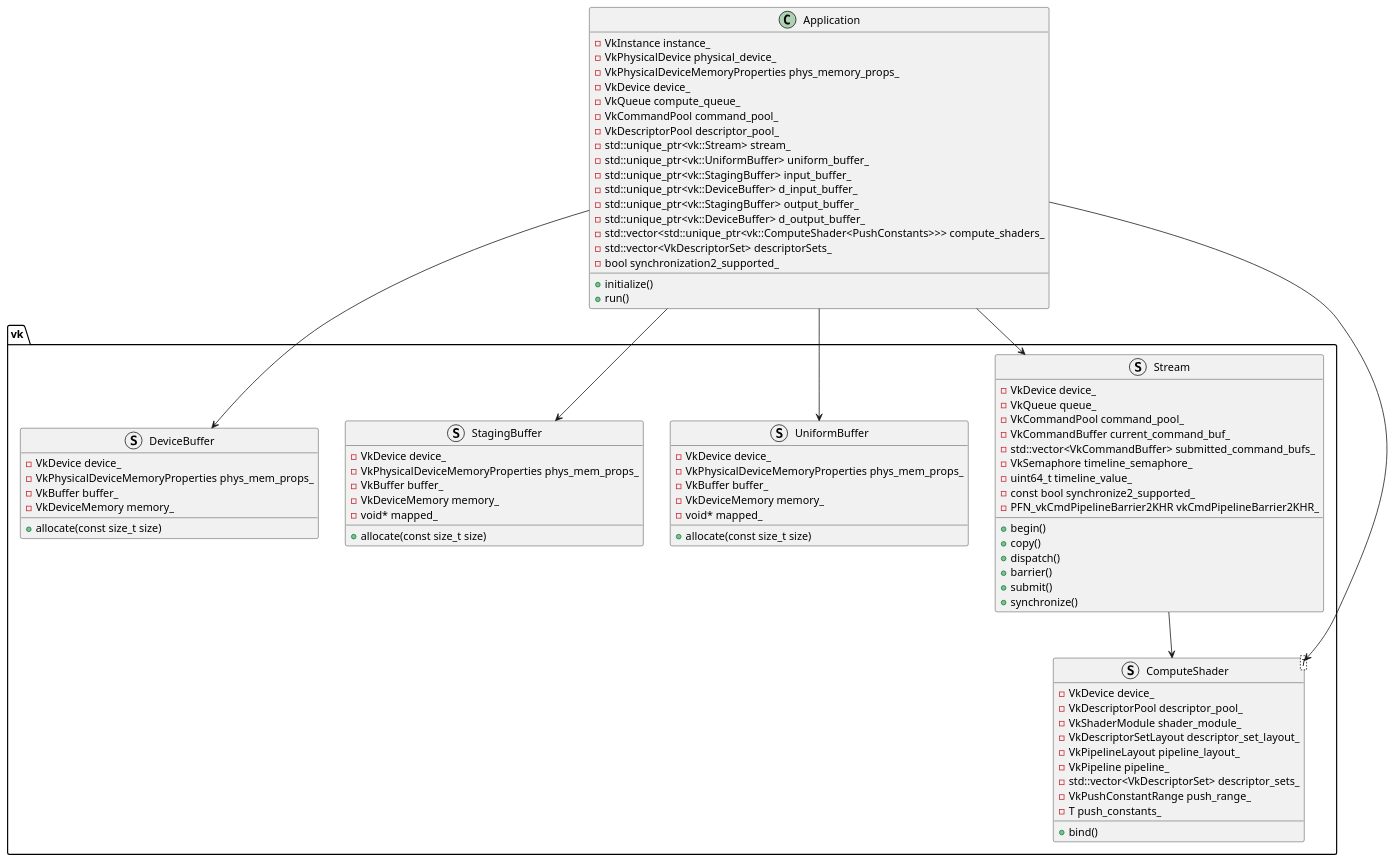
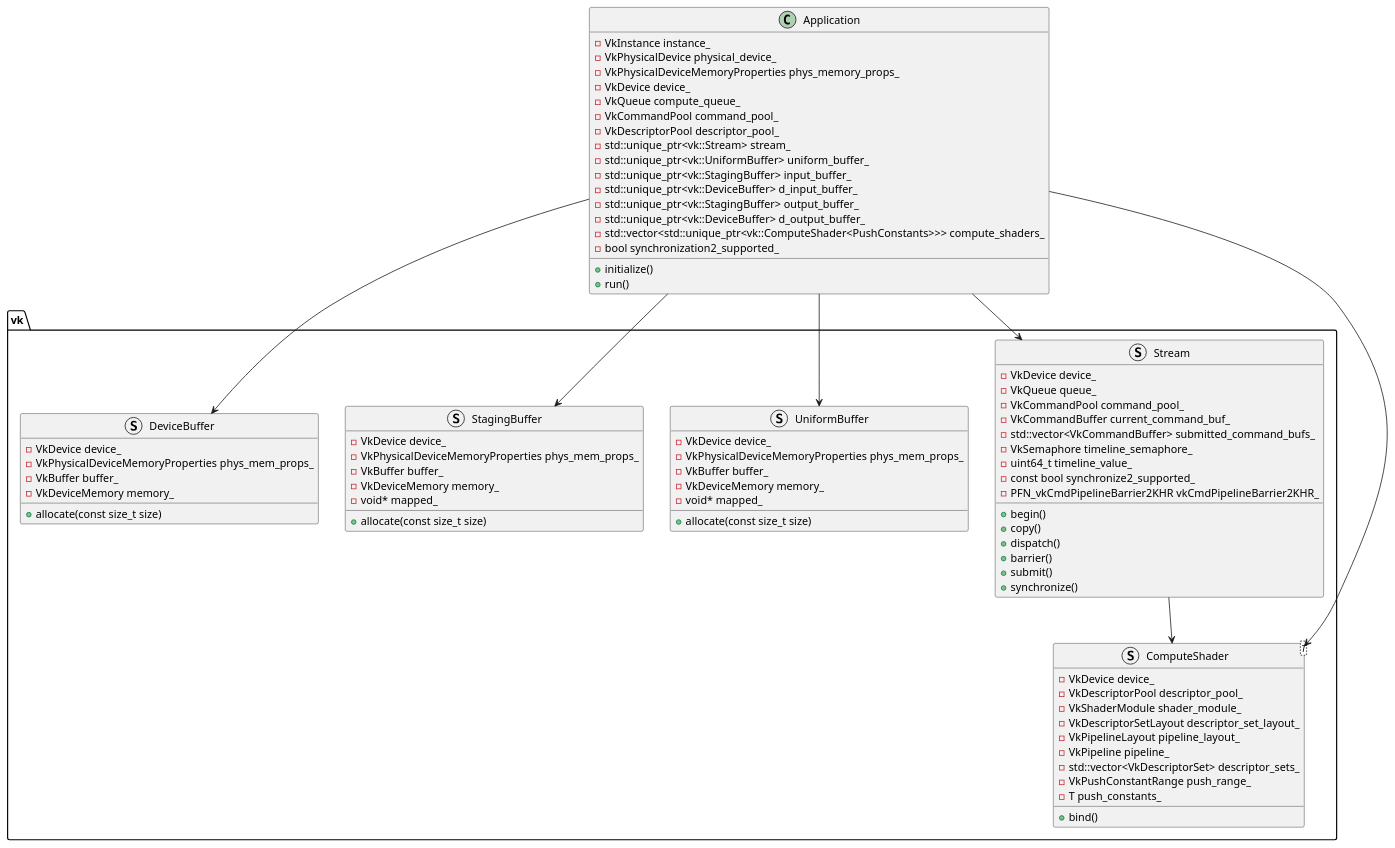
Before and after one commit to kohshi/vulkan-sandbox: the diagram in doc/class.pu, drawn with PlantUML. The commit also changed 1 other file, not shown here.

Commit message:
Removed descirptorSet_ from Application class.

```diff
--- a/doc/class.pu
+++ b/doc/class.pu
@@ -1,88 +1,87 @@
 @startuml
 set namespaceSeparator ::
 
 class Application {
   - VkInstance instance_
   - VkPhysicalDevice physical_device_
   - VkPhysicalDeviceMemoryProperties phys_memory_props_
   - VkDevice device_
   - VkQueue compute_queue_
   - VkCommandPool command_pool_
   - VkDescriptorPool descriptor_pool_
   - std::unique_ptr<vk::Stream> stream_
   - std::unique_ptr<vk::UniformBuffer> uniform_buffer_
   - std::unique_ptr<vk::StagingBuffer> input_buffer_
   - std::unique_ptr<vk::DeviceBuffer> d_input_buffer_
   - std::unique_ptr<vk::StagingBuffer> output_buffer_
   - std::unique_ptr<vk::DeviceBuffer> d_output_buffer_
   - std::vector<std::unique_ptr<vk::ComputeShader<PushConstants>>> compute_shaders_
-  - std::vector<VkDescriptorSet> descriptorSets_
   - bool synchronization2_supported_
   + initialize()
   + run()
 }
 
 struct vk::Stream {
   - VkDevice device_
   - VkQueue queue_
   - VkCommandPool command_pool_
   - VkCommandBuffer current_command_buf_
   - std::vector<VkCommandBuffer> submitted_command_bufs_
   - VkSemaphore timeline_semaphore_
   - uint64_t timeline_value_
   - const bool synchronize2_supported_
   - PFN_vkCmdPipelineBarrier2KHR vkCmdPipelineBarrier2KHR_
   + begin()
   + copy()
   + dispatch()
   + barrier()
   + submit()
   + synchronize()
 }
 
 struct vk::ComputeShader<T> {
   - VkDevice device_
   - VkDescriptorPool descriptor_pool_
   - VkShaderModule shader_module_
   - VkDescriptorSetLayout descriptor_set_layout_
   - VkPipelineLayout pipeline_layout_
   - VkPipeline pipeline_
   - std::vector<VkDescriptorSet> descriptor_sets_
   - VkPushConstantRange push_range_
   - T push_constants_
   + bind()
 }
 
 struct vk::UniformBuffer {
   - VkDevice device_
   - VkPhysicalDeviceMemoryProperties phys_mem_props_
   - VkBuffer buffer_
   - VkDeviceMemory memory_
   + allocate(const size_t size)
   - void* mapped_
 }
 
 struct vk::StagingBuffer {
   - VkDevice device_
   - VkPhysicalDeviceMemoryProperties phys_mem_props_
   - VkBuffer buffer_
   - VkDeviceMemory memory_
   + allocate(const size_t size)
   - void* mapped_
 }
 
 struct vk::DeviceBuffer {
   - VkDevice device_
   - VkPhysicalDeviceMemoryProperties phys_mem_props_
   - VkBuffer buffer_
   - VkDeviceMemory memory_
   + allocate(const size_t size)
 }
 
 Application --> vk::Stream
 Application --> vk::ComputeShader
 Application --> vk::UniformBuffer
 Application --> vk::StagingBuffer
 Application --> vk::DeviceBuffer
 vk::Stream --> vk::ComputeShader
 @enduml
```
